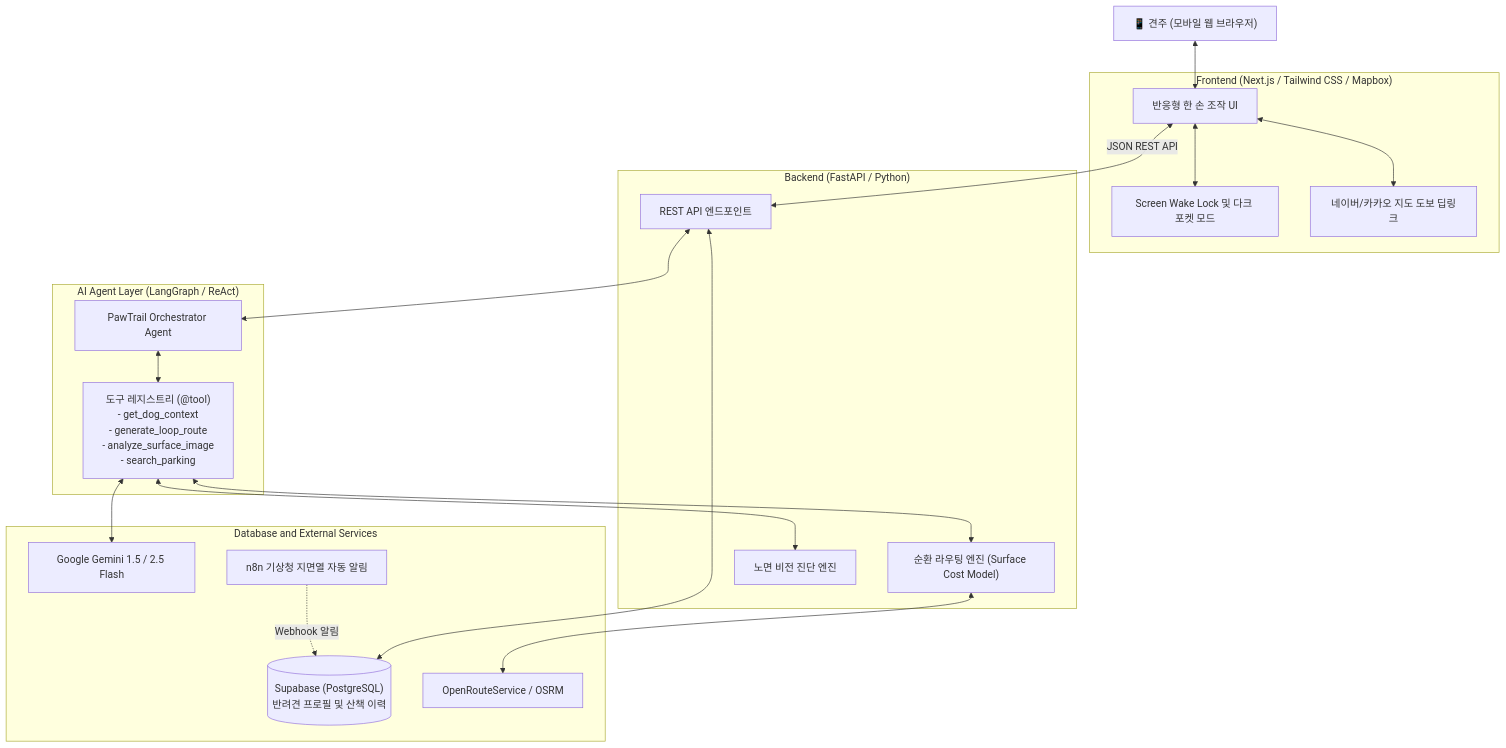
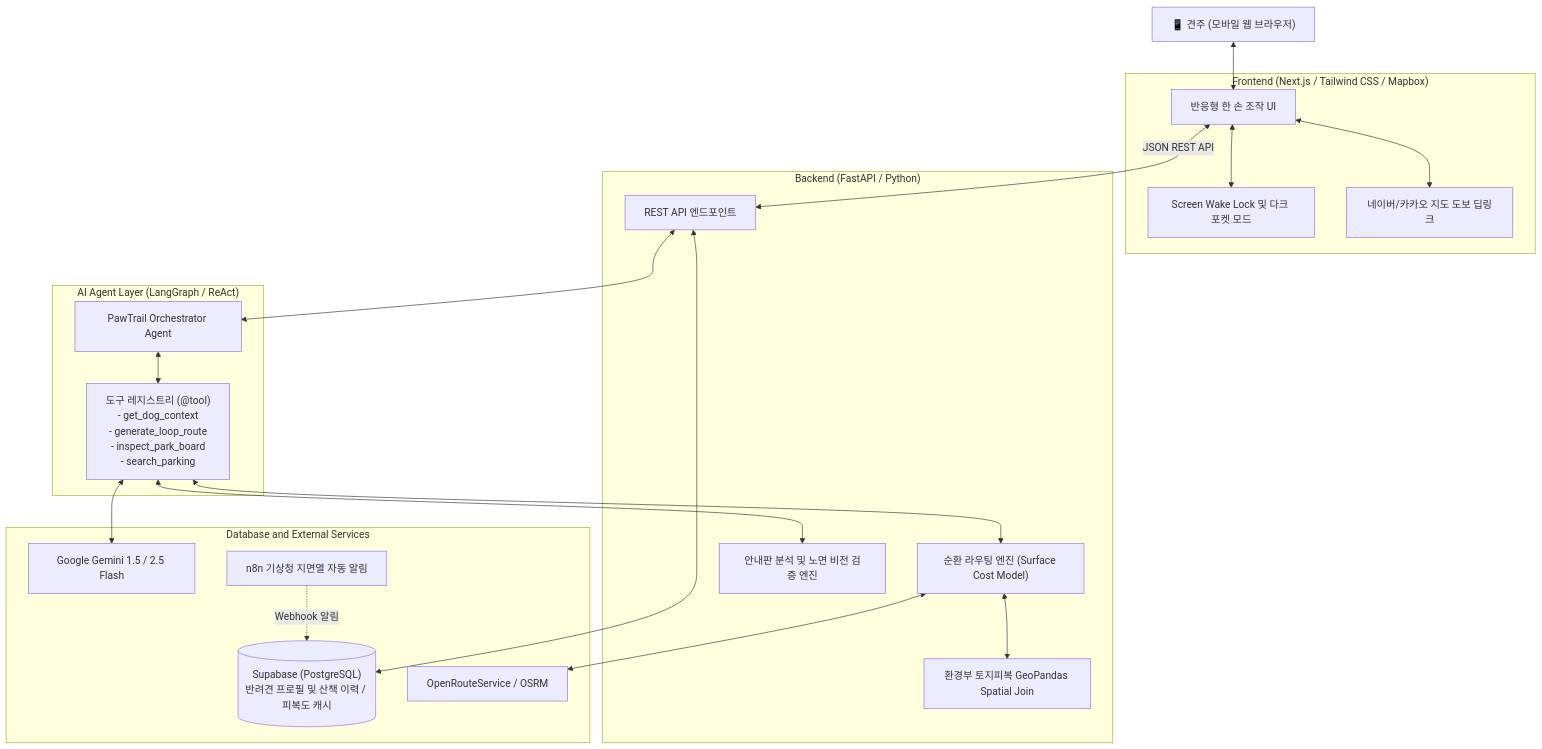
Before and after one commit to gigantess/PawTrail: the diagram in README.md, drawn with Mermaid. The commit also changed other lines of this file and 11 other files, not shown here.

````diff
--- a/README.md
+++ b/README.md
@@ -54,41 +54,43 @@
 ```mermaid
 flowchart TD
     User["📱 견주 (모바일 웹 브라우저)"]
     
     subgraph Frontend ["Frontend (Next.js / Tailwind CSS / Mapbox)"]
         UI["반응형 한 손 조작 UI"]
         Pocket["Screen Wake Lock 및 다크 포켓 모드"]
         DeepLink["네이버/카카오 지도 도보 딥링크"]
     end
 
     subgraph Backend ["Backend (FastAPI / Python)"]
         API["REST API 엔드포인트"]
         RouterTool["순환 라우팅 엔진 (Surface Cost Model)"]
-        VisionTool["노면 비전 진단 엔진"]
+        VisionTool["안내판 분석 및 노면 비전 검증 엔진"]
+        SpatialTool["환경부 토지피복 GeoPandas Spatial Join"]
     end
 
     subgraph AI_Agent ["AI Agent Layer (LangGraph / ReAct)"]
         Agent["PawTrail Orchestrator Agent"]
-        Tools["도구 레지스트리 (@tool)<br/>- get_dog_context<br/>- generate_loop_route<br/>- analyze_surface_image<br/>- search_parking"]
+        Tools["도구 레지스트리 (@tool)<br/>- get_dog_context<br/>- generate_loop_route<br/>- inspect_park_board<br/>- search_parking"]
     end
 
     subgraph Data_Infra ["Database and External Services"]
-        DB[("Supabase (PostgreSQL)<br/>반려견 프로필 및 산책 이력")]
+        DB[("Supabase (PostgreSQL)<br/>반려견 프로필 및 산책 이력 / 피복도 캐시")]
         Gemini["Google Gemini 1.5 / 2.5 Flash"]
         OSM["OpenRouteService / OSRM"]
         n8n["n8n 기상청 지면열 자동 알림"]
     end
 
     User <--> UI
     UI <--> Pocket
     UI <--> DeepLink
     UI -- "JSON REST API" <--> API
     API <--> Agent
     Agent <--> Tools
     Tools <--> RouterTool
     Tools <--> VisionTool
     Tools <--> Gemini
+    RouterTool <--> SpatialTool
     RouterTool <--> OSM
     API <--> DB
     n8n -. "Webhook 알림" .-> DB
 ```
````
